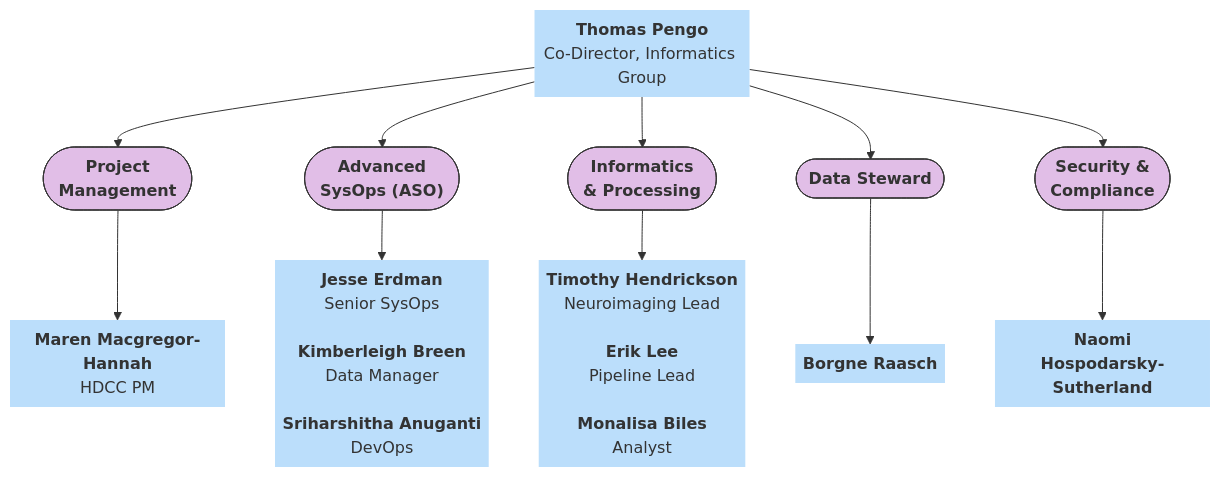
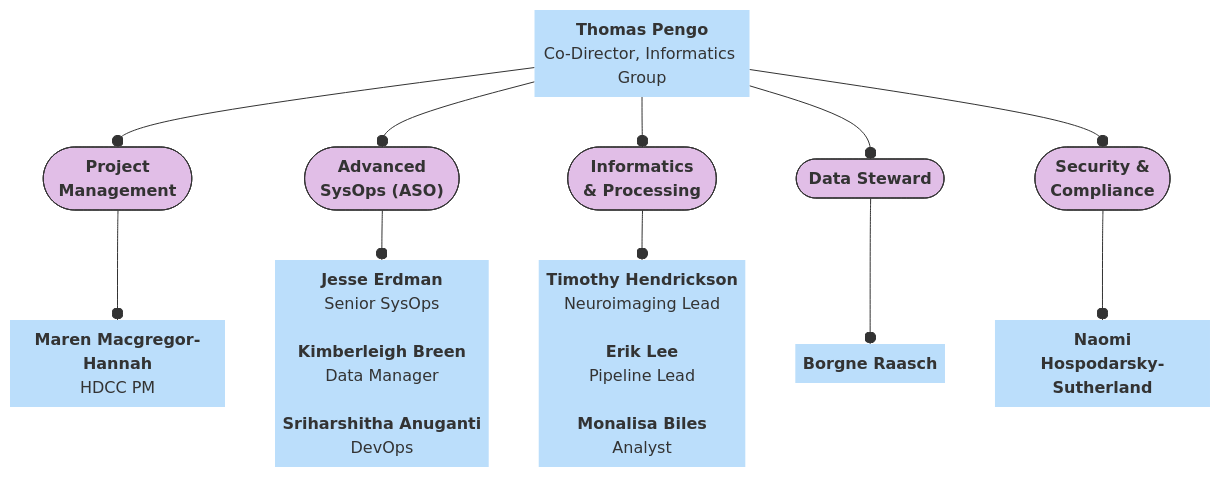
Before and after one commit to DCAN-Labs/hbcd-docs-internal: the seventh of 11 diagrams in docs/orgcharts.md, drawn with Mermaid. The commit also changed other lines of this file, not shown here.

````diff
--- a/docs/orgcharts.md
+++ b/docs/orgcharts.md
@@ -468,32 +468,32 @@
 ```mermaid
 ---
 config:
   layout: dagre
 ---
 flowchart TB
-    L["<b>Thomas Pengo</b><br>Co-Director, Informatics Group"] --> M(["<b>Project<br>Management</b>"]) & N(["<b>Advanced<br>SysOps (ASO)</b>"]) & O(["<b>Informatics<br>&amp; Processing</b>"]) & P(["<b>Data Steward</b>"]) & n8(["<b>Security &amp;<br>Compliance</b>"])
-    N --> Q@{ label: "<b style=\"color:\">Jesse Erdman</b><br>Senior SysOps<br><br><b style=\"color:\"><span style=\"--tw-scale-x:\">Kimberleigh Breen</span><br style=\"--tw-scale-x:\"></b>Data Manager<br><br><b>Sriharshitha Anuganti<br></b>DevOps" }
-    O --> n4["<b>Timothy Hendrickson</b><br>Neuroimaging Lead<br>
+    L["<b>Thomas Pengo</b><br>Co-Director, Informatics Group"] --o M(["<b>Project<br>Management</b>"]) & N(["<b>Advanced<br>SysOps (ASO)</b>"]) & O(["<b>Informatics<br>&amp; Processing</b>"]) & P(["<b>Data Steward</b>"]) & n8(["<b>Security &amp;<br>Compliance</b>"])
+    N --o Q@{ label: "<b style=\"color:\">Jesse Erdman</b><br>Senior SysOps<br><br><b style=\"color:\"><span style=\"--tw-scale-x:\">Kimberleigh Breen</span><br style=\"--tw-scale-x:\"></b>Data Manager<br><br><b>Sriharshitha Anuganti<br></b>DevOps" }
+    O --o n4["<b>Timothy Hendrickson</b><br>Neuroimaging Lead<br>
     <b>Erik Lee</b><br>Pipeline Lead<br>
     <b>Monalisa Biles</b><br>Analyst"]
-    M --> n6@{ label: "<span style=\"--tw-scale-x:\"><b>Maren Macgregor-Hannah</b><br>HDCC PM</span><br style=\"--tw-scale-x:\">" }
-    P --> n7["<b>Borgne Raasch</b><br>"]
-    n8 --> n9@{ label: "<span style=\"--tw-scale-x:\"><b>Naomi<br>Hospodarsky-Sutherland</b></span><br style=\"--tw-scale-x:\">" }
+    M --o n6@{ label: "<span style=\"--tw-scale-x:\"><b>Maren Macgregor-Hannah</b><br>HDCC PM</span><br style=\"--tw-scale-x:\">" }
+    P --o n7["<b>Borgne Raasch</b><br>"]
+    n8 --o n9@{ label: "<span style=\"--tw-scale-x:\"><b>Naomi<br>Hospodarsky-Sutherland</b></span><br style=\"--tw-scale-x:\">" }
     L@{ shape: text}
     Q@{ shape: text}
     n4@{ shape: text}
     n6@{ shape: text}
     n7@{ shape: text}
     n9@{ shape: text}
     style L fill:#BBDEFB
     style M fill:#E1BEE7,stroke:#333
     style N fill:#E1BEE7,stroke:#333
     style O fill:#E1BEE7,stroke:#333
     style P fill:#E1BEE7,stroke:#333
     style n8 fill:#E1BEE7,stroke:#333
     style Q fill:#BBDEFB
     style n4 fill:#BBDEFB
     style n6 fill:#BBDEFB
     style n7 fill:#BBDEFB
     style n9 fill:#BBDEFB
 ```
````
